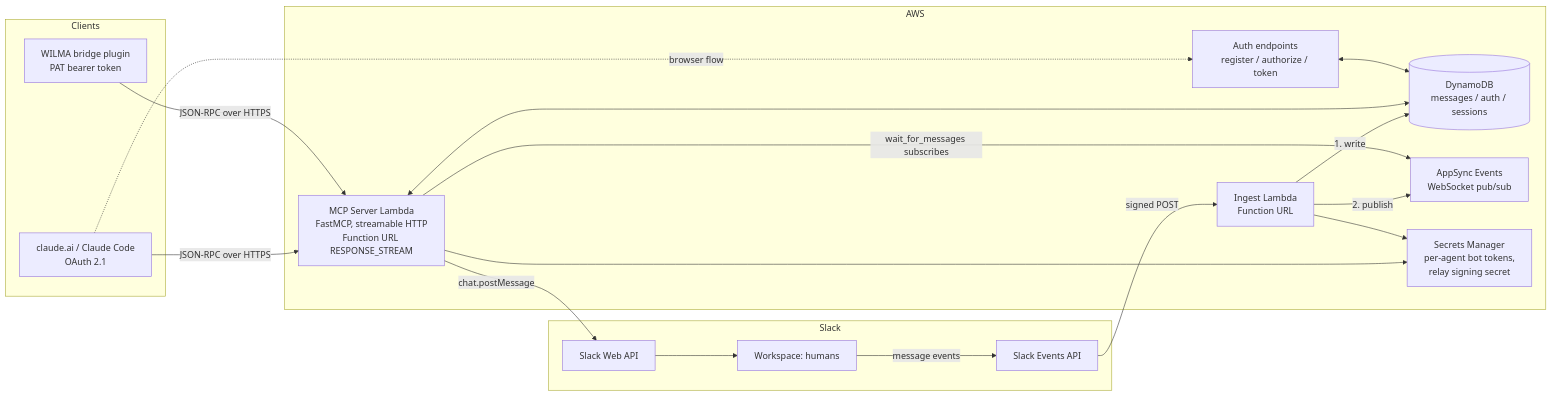
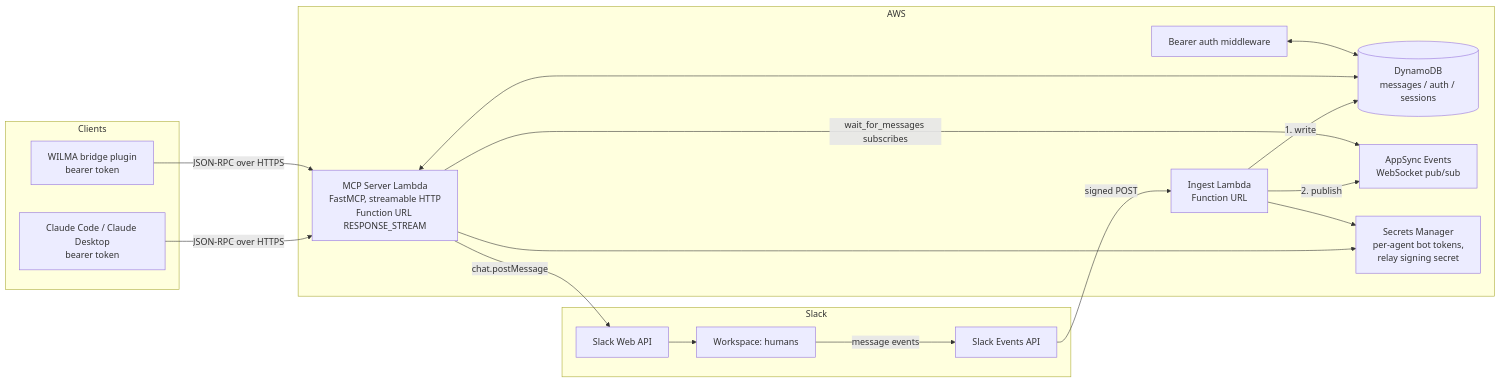
The diagram in DESIGN.md (ANamelessDrake/slack-mcp), drawn with Mermaid before and after one commit. The commit also changed other lines of this file and 5 other files, not shown here.

````diff
--- a/DESIGN.md
+++ b/DESIGN.md
@@ -30,37 +37,36 @@
 ```mermaid
 flowchart LR
     subgraph Clients
-        C1[claude.ai / Claude Code<br/>OAuth 2.1]
-        C2[WILMA bridge plugin<br/>PAT bearer token]
+        C1[Claude Code / Claude Desktop<br/>bearer token]
+        C2[WILMA bridge plugin<br/>bearer token]
     end
 
     subgraph AWS
         MCP[MCP Server Lambda<br/>FastMCP, streamable HTTP<br/>Function URL RESPONSE_STREAM]
-        AUTH[Auth endpoints<br/>register / authorize / token]
+        AUTH[Bearer auth middleware]
         ING[Ingest Lambda<br/>Function URL]
         DDB[(DynamoDB<br/>messages / auth / sessions)]
         EVT[AppSync Events<br/>WebSocket pub/sub]
         SM[Secrets Manager<br/>per-agent bot tokens,<br/>relay signing secret]
     end
 
     subgraph Slack
         API[Slack Web API]
         EVAPI[Slack Events API]
         WS[Workspace: humans]
     end
 
     C1 -->|JSON-RPC over HTTPS| MCP
     C2 -->|JSON-RPC over HTTPS| MCP
-    C1 -.->|browser flow| AUTH
     MCP -->|chat.postMessage| API
     API --> WS
     WS -->|message events| EVAPI
     EVAPI -->|signed POST| ING
     ING -->|1. write| DDB
     ING -->|2. publish| EVT
     MCP -->|wait_for_messages subscribes| EVT
     MCP <--> DDB
     AUTH <--> DDB
     MCP --> SM
     ING --> SM
 ```
````
